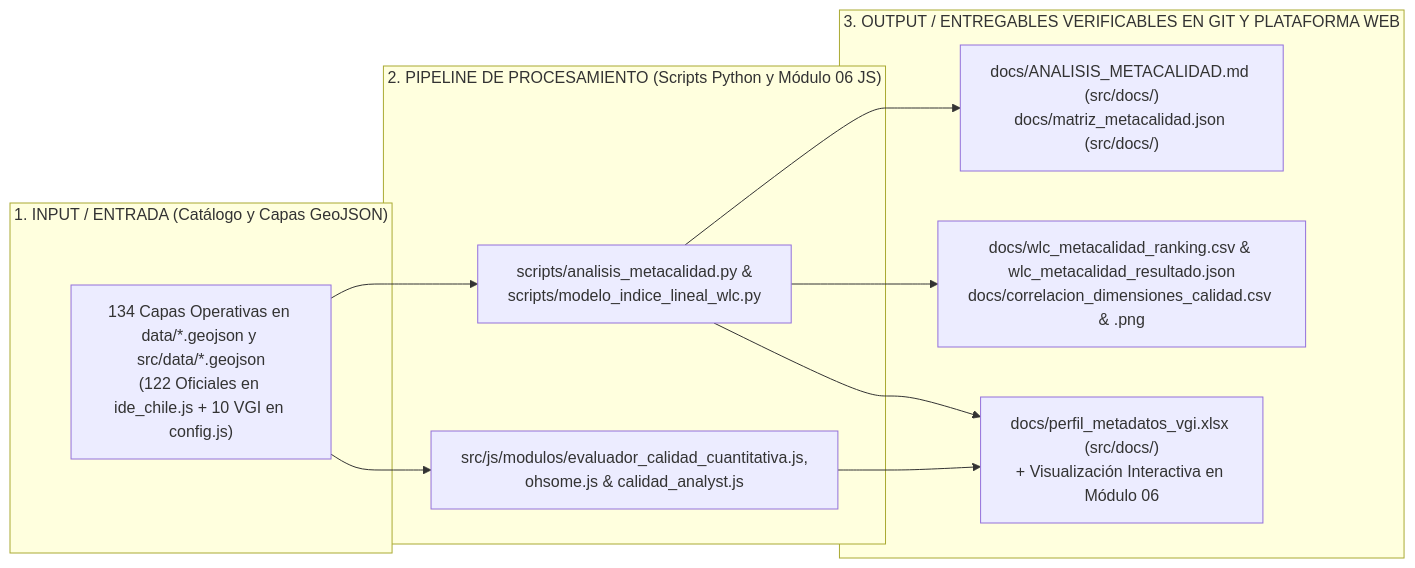
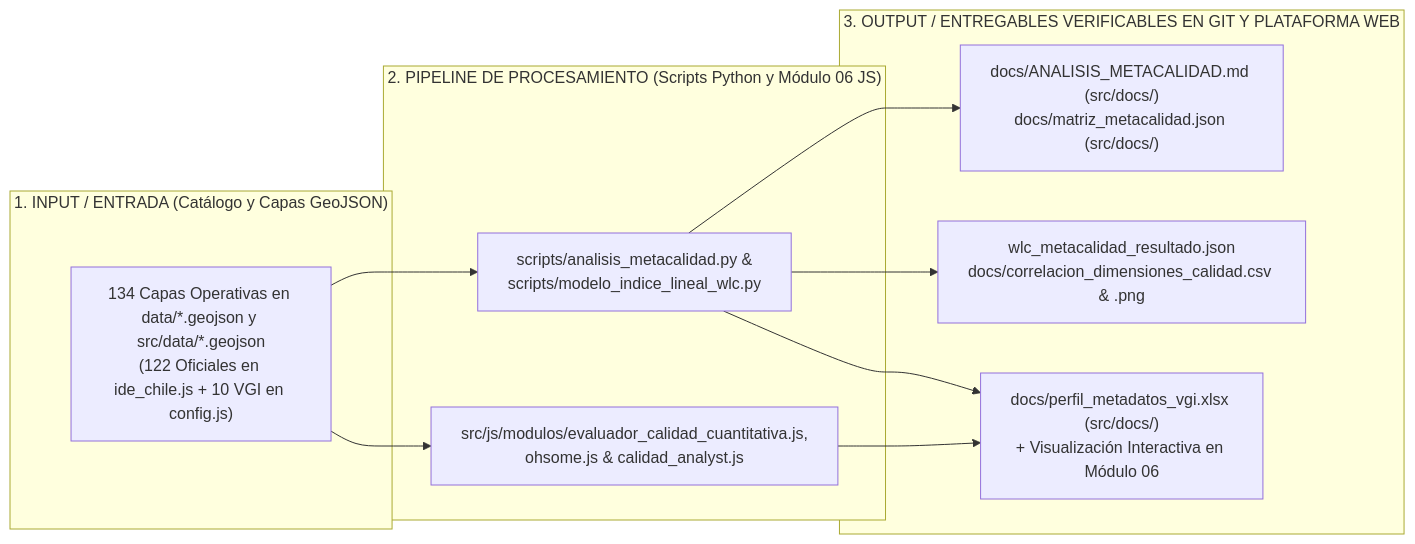
The first of 5 diagrams in docs/ANALISIS_METACALIDAD.md (GEOJOTA/atlas-vgi-barrio-brasil), drawn with Mermaid before and after one commit. The commit also changed 32 other files, not shown here.

Commit message:
chore(docs,ui): eliminar wlc_metacalidad_ranking.csv y toda referencia a Ranking Consolidado de Calidad en plataforma y repositorio

````diff
--- a/docs/ANALISIS_METACALIDAD.md
+++ b/docs/ANALISIS_METACALIDAD.md
@@ -110,18 +110,18 @@
 ```mermaid
 flowchart LR
     subgraph IN["1. INPUT / ENTRADA (Catálogo y Capas GeoJSON)"]
         I1["134 Capas Operativas en data/*.geojson y src/data/*.geojson<br/>(122 Oficiales en ide_chile.js + 10 VGI en config.js)"]
     end
     subgraph PROC["2. PIPELINE DE PROCESAMIENTO (Scripts Python y Módulo 06 JS)"]
         P1["scripts/analisis_metacalidad.py &<br/>scripts/modelo_indice_lineal_wlc.py"]
         P2["src/js/modulos/evaluador_calidad_cuantitativa.js,<br/>ohsome.js & calidad_analyst.js"]
     end
     subgraph OUT["3. OUTPUT / ENTREGABLES VERIFICABLES EN GIT Y PLATAFORMA WEB"]
         O1["docs/ANALISIS_METACALIDAD.md (src/docs/)<br/>docs/matriz_metacalidad.json (src/docs/)"]
-        O2["docs/wlc_metacalidad_ranking.csv & wlc_metacalidad_resultado.json<br/>docs/correlacion_dimensiones_calidad.csv & .png"]
+        O2["wlc_metacalidad_resultado.json<br/>docs/correlacion_dimensiones_calidad.csv & .png"]
         O3["docs/perfil_metadatos_vgi.xlsx (src/docs/)<br/>+ Visualización Interactiva en Módulo 06"]
     end
     I1 --> P1 & P2
     P1 --> O1 & O2 & O3
     P2 --> O3
 ```
````
